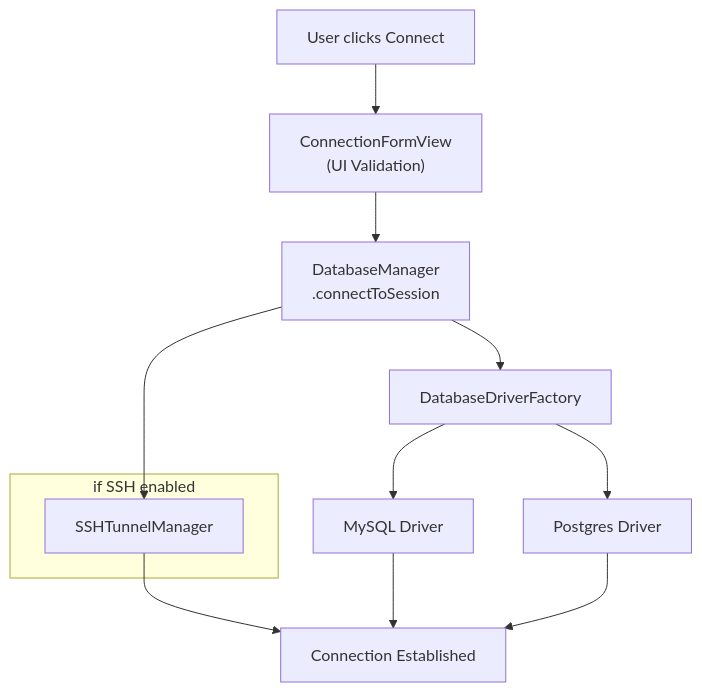
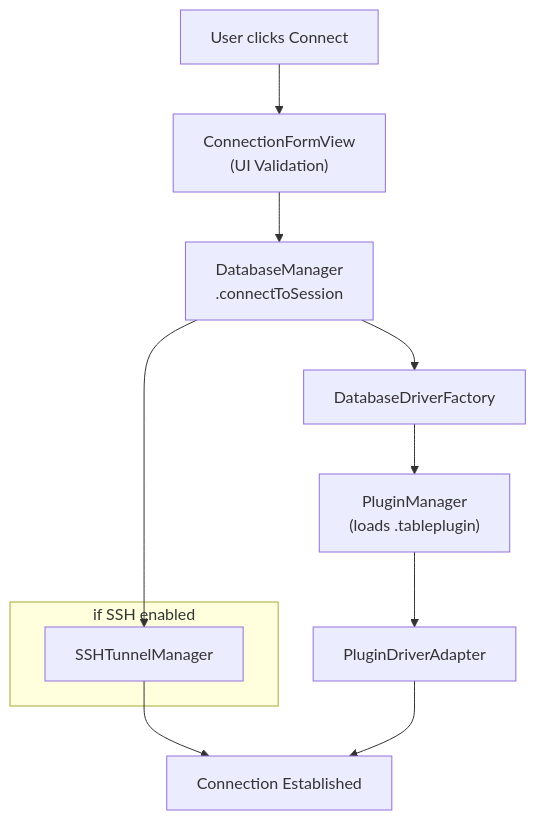
The fourth of 5 diagrams in development/architecture.mdx (J2TeamNNL/tablepro-docs), drawn with Mermaid before and after one commit. The commit also changed other lines of this file and 9 other files, not shown here.

Commit message:
docs: fix stale architecture references, shortcut conflict, and missing databases

````diff
--- a/development/architecture.mdx
+++ b/development/architecture.mdx
@@ -289,17 +262,16 @@
 ```mermaid
 flowchart TB
     User["User clicks Connect"]
     User --> Form["ConnectionFormView<br>(UI Validation)"]
     Form --> Manager["DatabaseManager<br>.connectToSession"]
     Manager --> SSH["SSHTunnelManager"]
     Manager --> Factory["DatabaseDriverFactory"]
-    Factory --> MySQL["MySQL Driver"]
-    Factory --> Postgres["Postgres Driver"]
+    Factory --> Plugin["PluginManager<br>(loads .tableplugin)"]
+    Plugin --> Adapter["PluginDriverAdapter"]
     SSH --> Connected["Connection Established"]
-    MySQL --> Connected
-    Postgres --> Connected
+    Adapter --> Connected
 
     subgraph optional ["if SSH enabled"]
         SSH
     end
 ```
````
